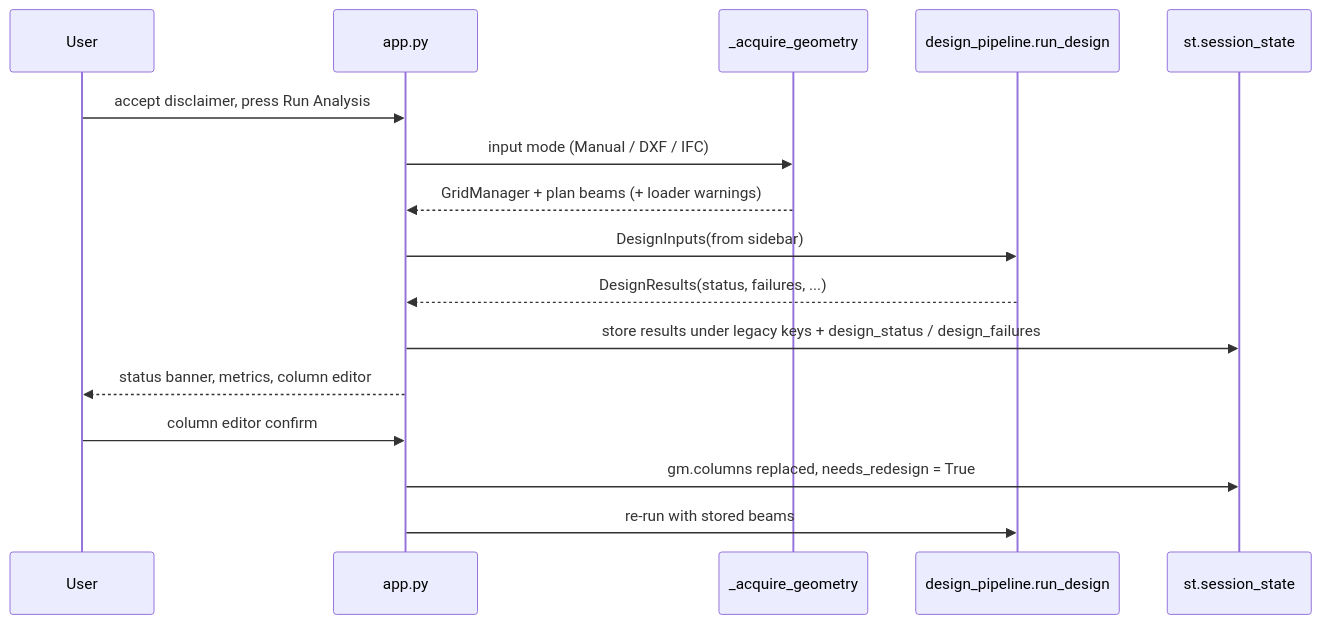
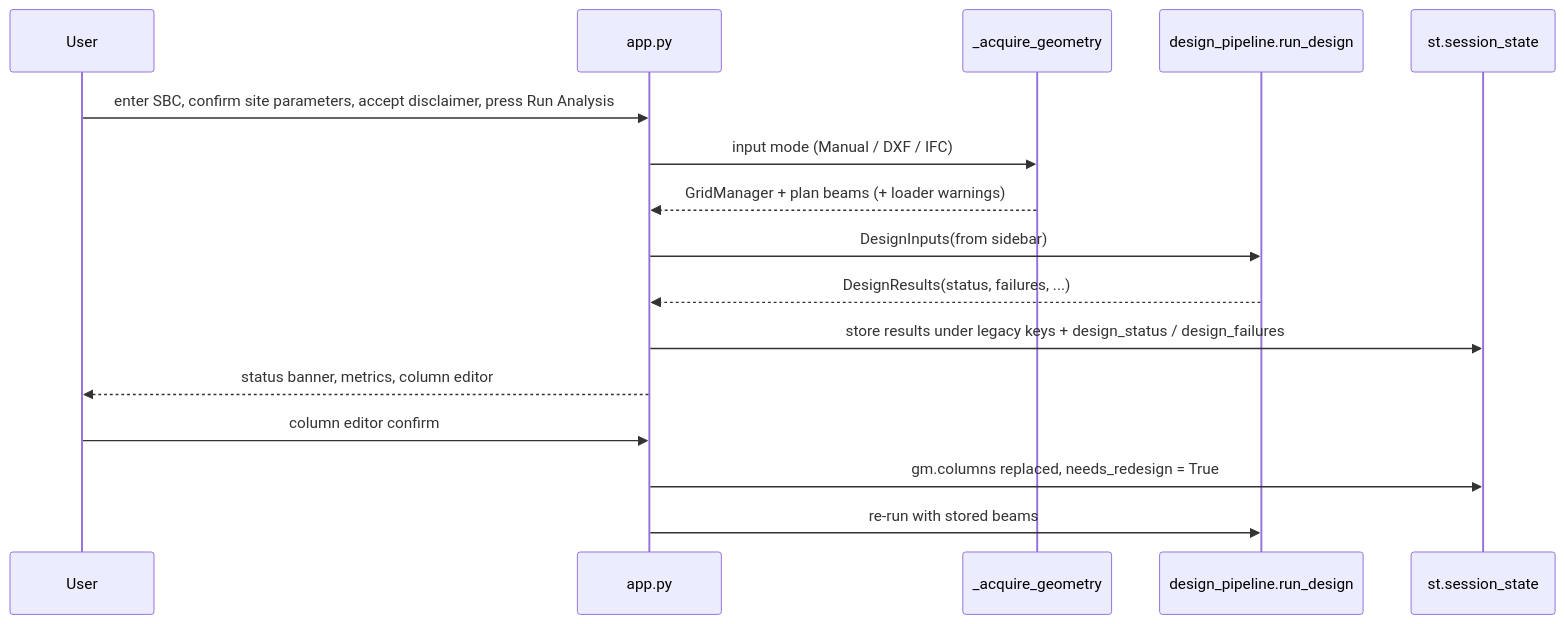
The diagram in docs/architecture/execution-flows.md (Ameerpeta-Srinidh/StructOptima), drawn with Mermaid before and after one commit. The commit also changed other lines of this file and 8 other files, not shown here.

Commit message:
docs: changelog, current user guide and architecture updates for the 2026-10-16 work

````diff
--- a/docs/architecture/execution-flows.md
+++ b/docs/architecture/execution-flows.md
@@ -7,18 +7,18 @@
 ```mermaid
 sequenceDiagram
   participant U as User
   participant A as app.py
   participant G as _acquire_geometry
   participant P as design_pipeline.run_design
   participant S as st.session_state
-  U->>A: accept disclaimer, press Run Analysis
+  U->>A: enter SBC, confirm site parameters, accept disclaimer, press Run Analysis
   A->>G: input mode (Manual / DXF / IFC)
   G-->>A: GridManager + plan beams (+ loader warnings)
   A->>P: DesignInputs(from sidebar)
   P-->>A: DesignResults(status, failures, ...)
   A->>S: store results under legacy keys + design_status / design_failures
   A-->>U: status banner, metrics, column editor
   U->>A: column editor confirm
   A->>S: gm.columns replaced, needs_redesign = True
   A->>P: re-run with stored beams
 ```
````
